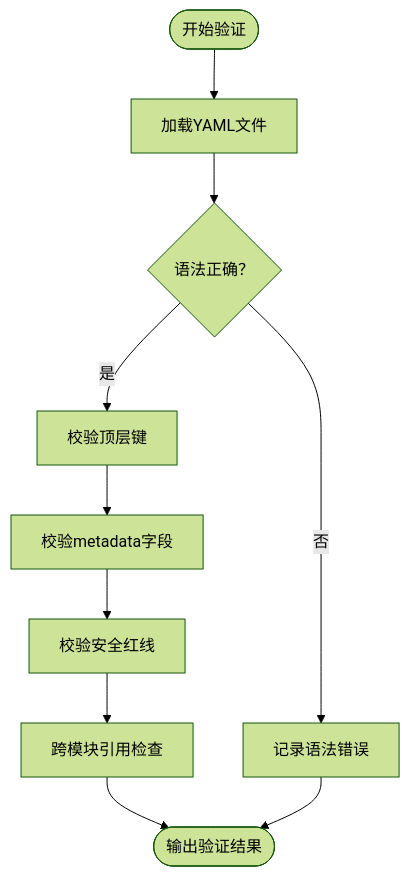
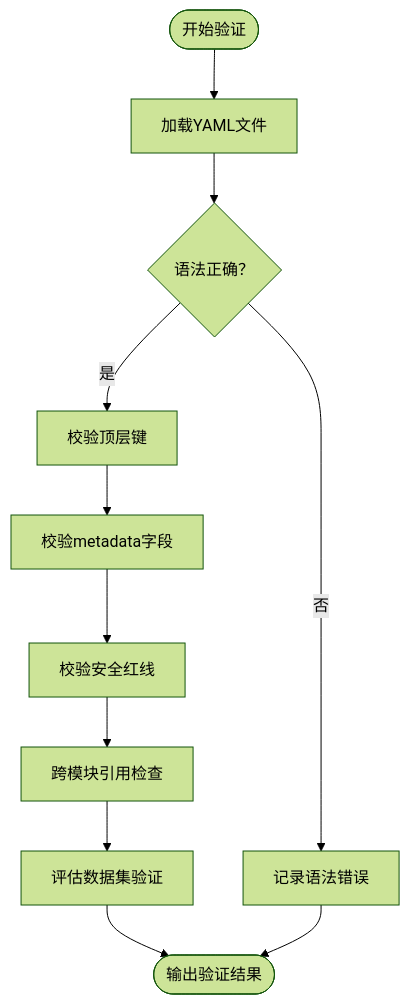
Before and after one commit to afcartevil/automated-test-script: the third of 6 diagrams in .qoder/repowiki/zh/content/约束驱动系统/约束驱动系统.md, drawn with Mermaid (forest theme). The commit also changed other lines of this file and 12 other files, not shown here.

````diff
--- a/.qoder/repowiki/zh/content/约束驱动系统/约束驱动系统.md
+++ b/.qoder/repowiki/zh/content/约束驱动系统/约束驱动系统.md
@@ -196,12 +246,13 @@
 ```mermaid
 flowchart TD
 Start(["开始验证"]) --> Load["加载YAML文件"]
 Load --> Syntax{"语法正确？"}
 Syntax --> |否| ReportErr["记录语法错误"]
 Syntax --> |是| TopLevel["校验顶层键"]
 TopLevel --> Meta["校验metadata字段"]
 Meta --> Safety["校验安全红线"]
 Safety --> XRef["跨模块引用检查"]
-XRef --> Done(["输出验证结果"])
+XRef --> EvalData["评估数据集验证"]
+EvalData --> Done(["输出验证结果"])
 ReportErr --> Done
 ```
````
